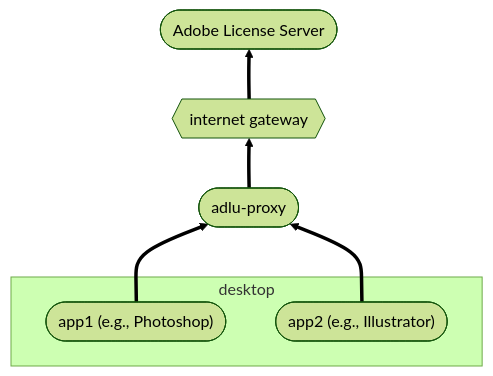
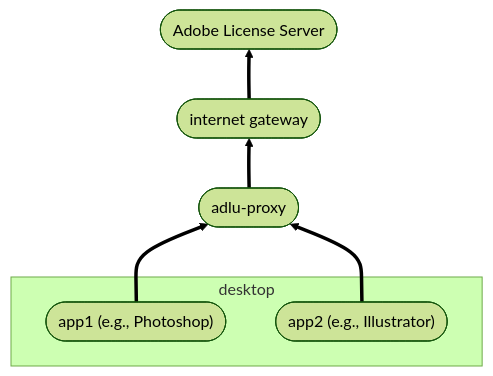
Before and after one commit to clickonetwo/adobe-desktop-licensing-utilities: the diagram in docs/adlu-proxy-overview.md, drawn with Mermaid (forest theme). The commit also changed other lines of this file and 7 other files, not shown here.

````diff
--- a/docs/adlu-proxy-overview.md
+++ b/docs/adlu-proxy-overview.md
@@ -15,14 +21,14 @@
 ```mermaid
 flowchart BT
   id1([Adobe License Server])
   subgraph desktop
     id2(["app1 (e.g., Photoshop)"])
     id3(["app2 (e.g., Illustrator)"])
   end
-  id4{{internet gateway}}
+  id4([internet gateway])
   id5([adlu-proxy])
   id2 ==> id5
   id3 ==> id5
   id5 ==> id4
   id4 ==> id1
 ```
````
